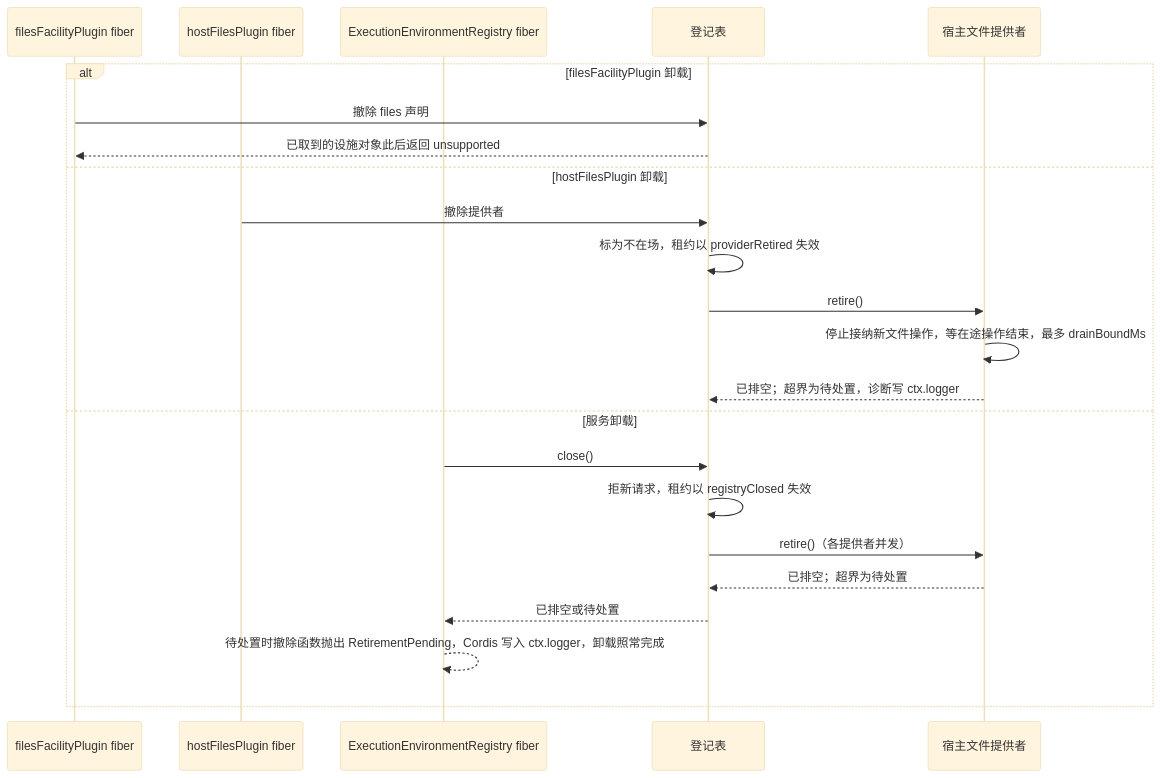
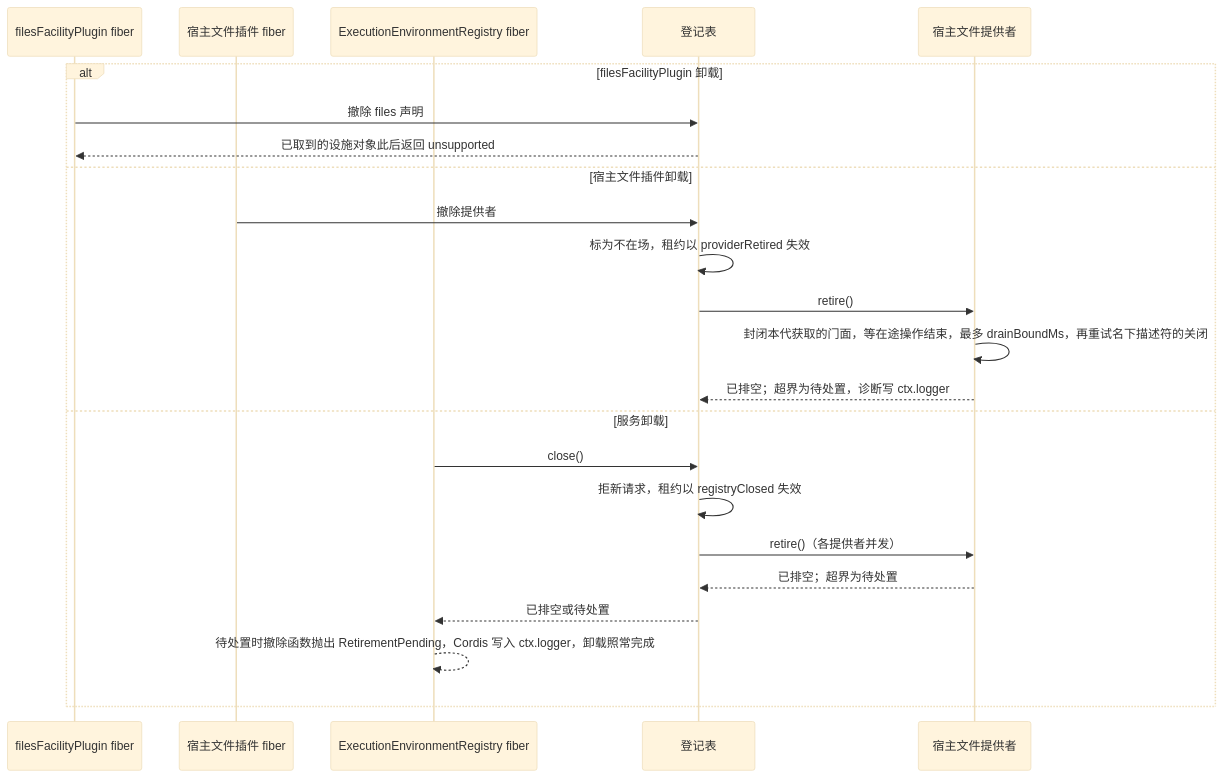
The third of 6 diagrams in packages/execution/execution-environment-host-local/docs/flows.md (nemori-ai/omne-harness-lite), drawn with Mermaid (base theme) before and after one commit. The commit also changed other lines of this file and 136 other files, not shown here.

````diff
--- a/packages/execution/execution-environment-host-local/docs/flows.md
+++ b/packages/execution/execution-environment-host-local/docs/flows.md
@@ -81,25 +84,25 @@
 ```mermaid
 sequenceDiagram
   participant D as filesFacilityPlugin fiber
-  participant H as hostFilesPlugin fiber
+  participant H as 宿主文件插件 fiber
   participant S as ExecutionEnvironmentRegistry fiber
   participant R as 登记表
   participant P as 宿主文件提供者
   alt filesFacilityPlugin 卸载
     D->>R: 撤除 files 声明
     R-->>D: 已取到的设施对象此后返回 unsupported
-  else hostFilesPlugin 卸载
+  else 宿主文件插件卸载
     H->>R: 撤除提供者
     R->>R: 标为不在场，租约以 providerRetired 失效
     R->>P: retire()
-    P->>P: 停止接纳新文件操作，等在途操作结束，最多 drainBoundMs
+    P->>P: 封闭本代获取的门面，等在途操作结束，最多 drainBoundMs，再重试名下描述符的关闭
     P-->>R: 已排空；超界为待处置，诊断写 ctx.logger
   else 服务卸载
     S->>R: close()
     R->>R: 拒新请求，租约以 registryClosed 失效
     R->>P: retire()（各提供者并发）
     P-->>R: 已排空；超界为待处置
     R-->>S: 已排空或待处置
     S-->>S: 待处置时撤除函数抛出 RetirementPending，Cordis 写入 ctx.logger，卸载照常完成
   end
 ```
````
